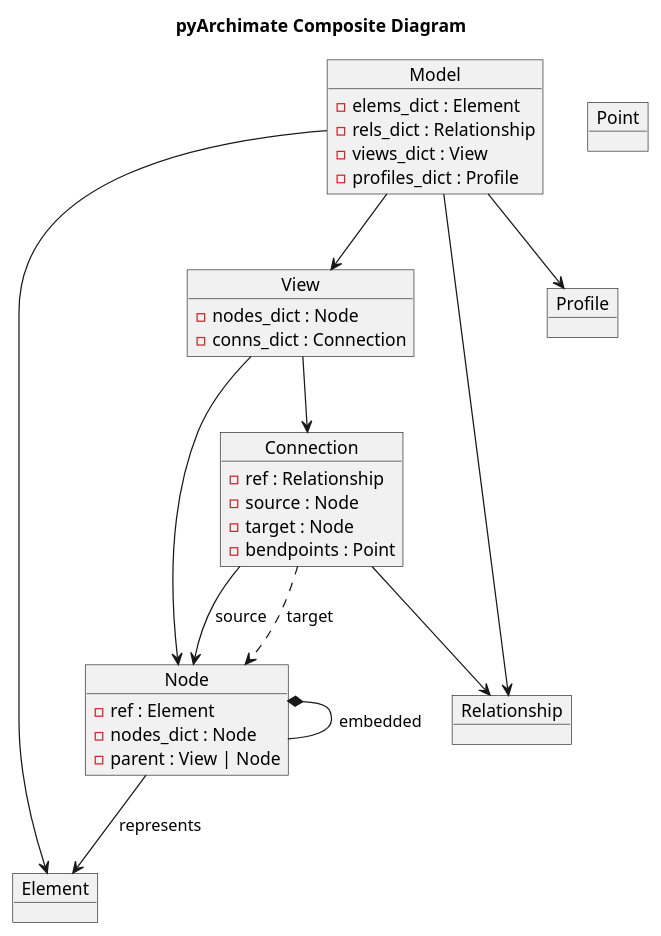
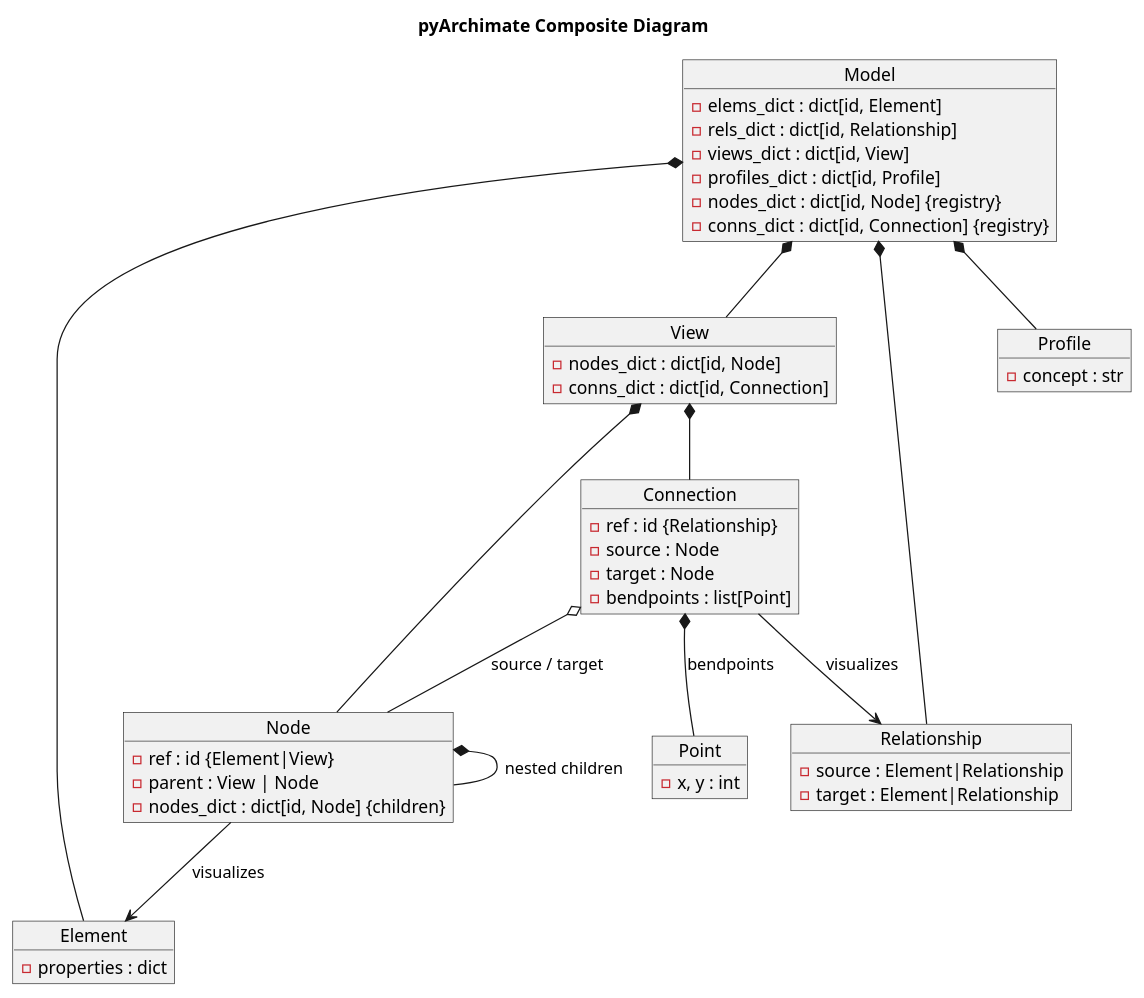
Before and after one commit to pyArchimate/pyArchimate: the diagram in docs/diagrams/composite.puml, drawn with PlantUML. The commit also changed 38 other files, not shown here.

First line of the commit message:
chore: add behave stubs, fix pre-push script, and update docs/diagrams

```diff
--- a/docs/diagrams/composite.puml
+++ b/docs/diagrams/composite.puml
@@ -1,40 +1,63 @@
 @startuml
 title pyArchimate Composite Diagram
 
 object Model {
-  - elems_dict : Element
-  - rels_dict : Relationship
-  - views_dict : View
-  - profiles_dict : Profile
+  - elems_dict : dict[id, Element]
+  - rels_dict : dict[id, Relationship]
+  - views_dict : dict[id, View]
+  - profiles_dict : dict[id, Profile]
+  - nodes_dict : dict[id, Node] {registry}
+  - conns_dict : dict[id, Connection] {registry}
 }
-object Element
-object Relationship
-object Profile
+
+object Element {
+  - properties : dict
+}
+
+object Relationship {
+  - source : Element|Relationship
+  - target : Element|Relationship
+}
+
+object Profile {
+  - concept : str
+}
+
 object View {
-  - nodes_dict : Node
-  - conns_dict : Connection
+  - nodes_dict : dict[id, Node]
+  - conns_dict : dict[id, Connection]
 }
+
 object Node {
-  - ref : Element
-  - nodes_dict : Node
+  - ref : id {Element|View}
   - parent : View | Node
+  - nodes_dict : dict[id, Node] {children}
 }
+
 object Connection {
-  - ref : Relationship
+  - ref : id {Relationship}
   - source : Node
   - target : Node
-  - bendpoints : Point
+  - bendpoints : list[Point]
 }
-object Point
-Model --> Element
-Model --> Relationship
-Model --> View
-Model --> Profile
-View --> Node
-View --> Connection
-Node --> Element : represents
-Node *-- Node : embedded
-Connection --> Relationship
-Connection --> Node : source
-Connection ..> Node : target
+
+object Point {
+  - x, y : int
+}
+
+Model *-- Element
+Model *-- Relationship
+Model *-- View
+Model *-- Profile
+
+View *-- Node
+View *-- Connection
+
+Node --> Element : visualizes
+Node *-- Node : nested children
+
+Connection --> Relationship : visualizes
+Connection o-- Node : source / target
+Connection *-- Point : bendpoints
+
 @enduml
```
